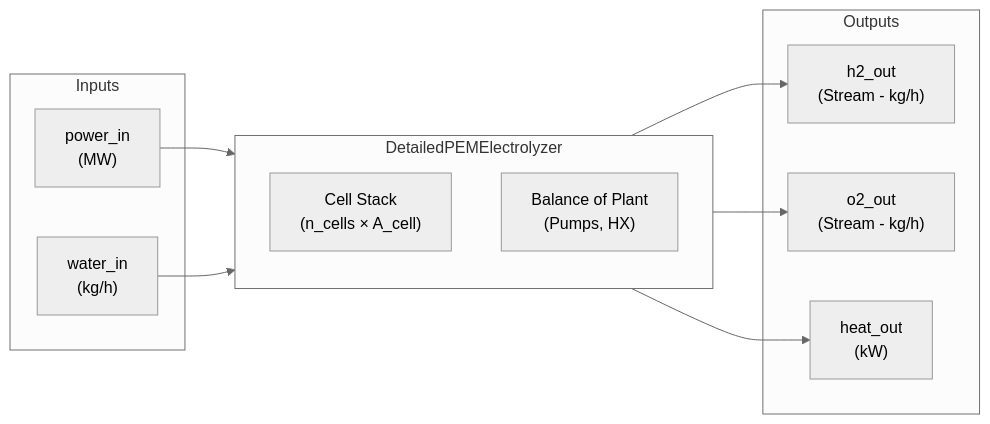
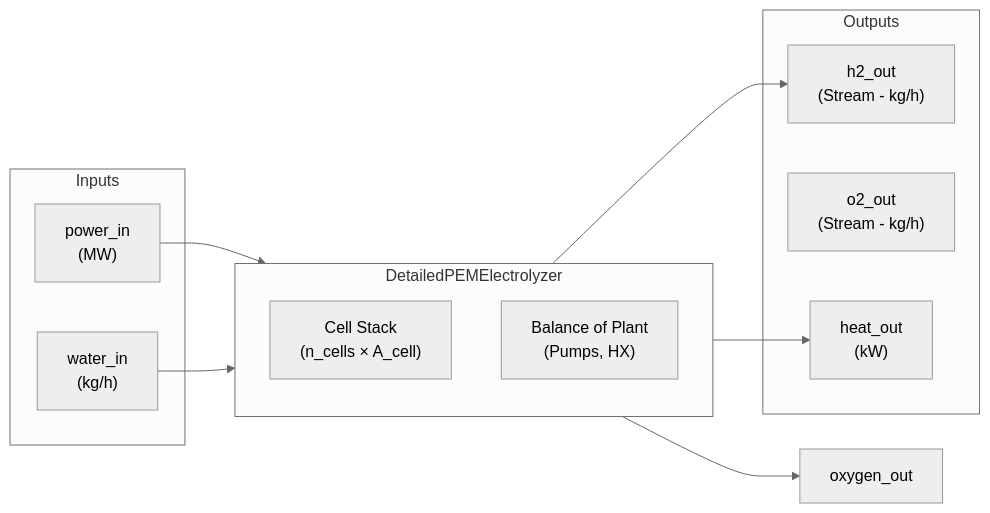
Before and after one commit to utczbr/h2_plant: the fourth of 6 diagrams in docs/diagrams/03_pem_component.md, drawn with Mermaid (neutral theme). The commit also changed 8 other files, not shown here.

Commit message:
diagram att.

````diff
--- a/docs/diagrams/03_pem_component.md
+++ b/docs/diagrams/03_pem_component.md
@@ -102,25 +102,25 @@
 ```mermaid
 flowchart LR
     subgraph Inputs
         power_in["power_in<br/>(MW)"]
         water_in["water_in<br/>(kg/h)"]
     end
     
     subgraph PEM["DetailedPEMElectrolyzer"]
         direction TB
         Stack["Cell Stack<br/>(n_cells × A_cell)"]
         BoP["Balance of Plant<br/>(Pumps, HX)"]
     end
     
     subgraph Outputs
         h2_out["h2_out<br/>(Stream - kg/h)"]
         o2_out["o2_out<br/>(Stream - kg/h)"]
         heat_out["heat_out<br/>(kW)"]
     end
     
     power_in --> PEM
     water_in --> PEM
     PEM --> h2_out
-    PEM --> o2_out
+    PEM --> oxygen_out
     PEM --> heat_out
 ```
````
